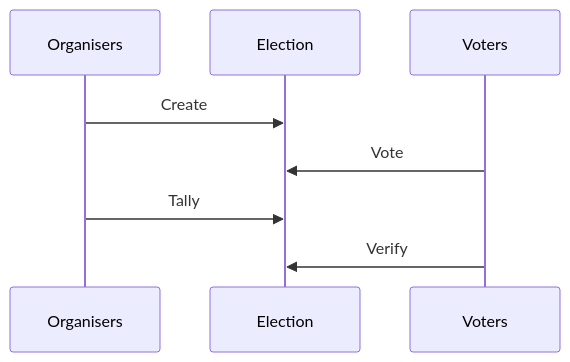
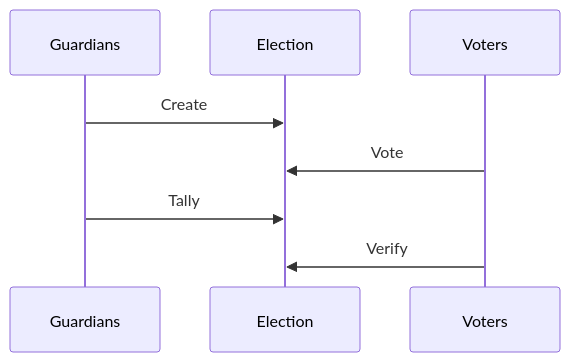
One commit to mjal/scrutin changed the diagram in README.md. Above: the diagram before and after it, drawn with Mermaid.

Commit message:
chore: rename Organisers to Guardians in README

````diff
--- a/README.md
+++ b/README.md
@@ -3,11 +3,11 @@
 ```mermaid
 sequenceDiagram
-  participant Organisers
+  participant Guardians
   participant Election
   participant Voters
 
-  Organisers->>Election: Create
+  Guardians->>Election: Create
   Voters->>Election: Vote
-  Organisers->>Election: Tally
+  Guardians->>Election: Tally
 	Voters->>Election: Verify
 ```
````
